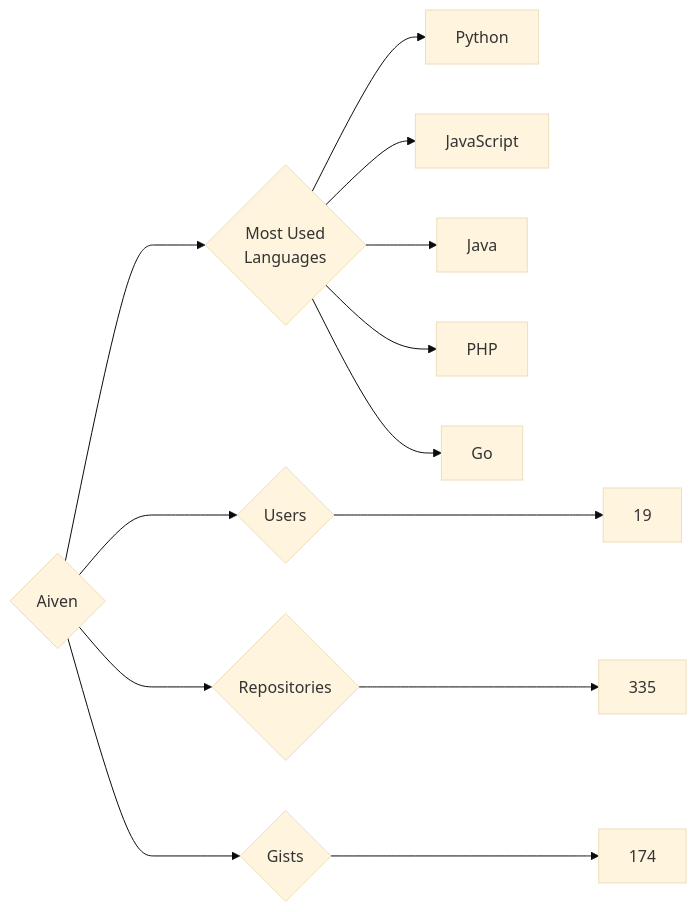
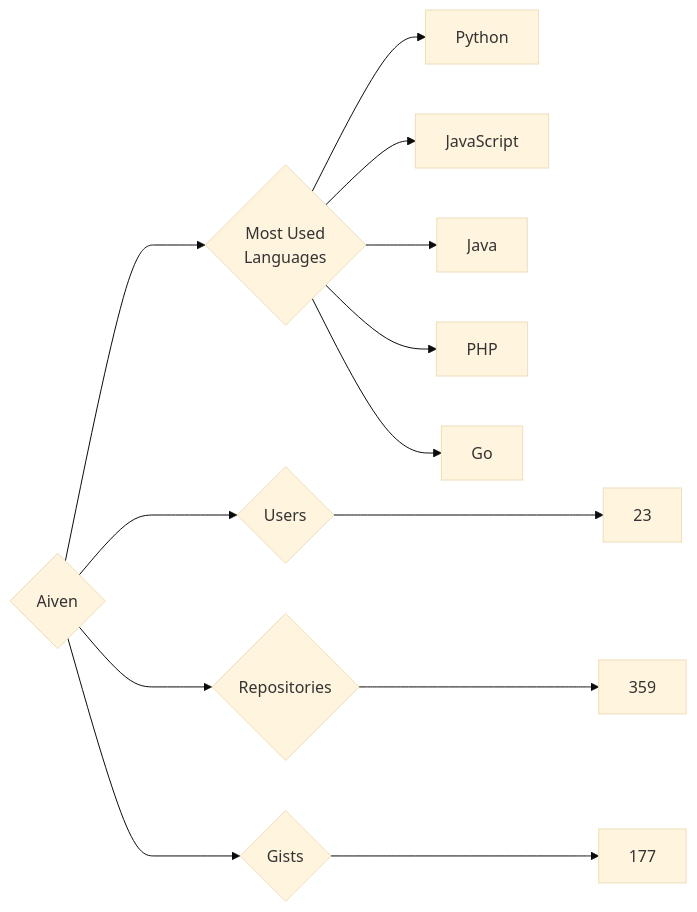
The diagram in targets/Aiven/README.md (trickest/insiders), drawn with Mermaid (base theme) before and after one commit. The commit also changed 633 other files, not shown here.

````diff
--- a/targets/Aiven/README.md
+++ b/targets/Aiven/README.md
@@ -3,13 +3,13 @@
 ```mermaid
 graph LR
 COMPANY_NAME{Aiven}
-COMPANY_NAME ---> U{Users} ---> UN[19]
-COMPANY_NAME ---> R{Repositories} ---> RN[335]
-COMPANY_NAME ---> G{Gists} ---> GN[174]
+COMPANY_NAME ---> U{Users} ---> UN[23]
+COMPANY_NAME ---> R{Repositories} ---> RN[359]
+COMPANY_NAME ---> G{Gists} ---> GN[177]
 COMPANY_NAME ---> ML{Most Used<br>Languages}
 ML --> Python[Python]
 ML --> JavaScript[JavaScript]
 ML --> Java[Java]
 ML --> PHP[PHP]
 ML --> Go[Go]
 ```
````
